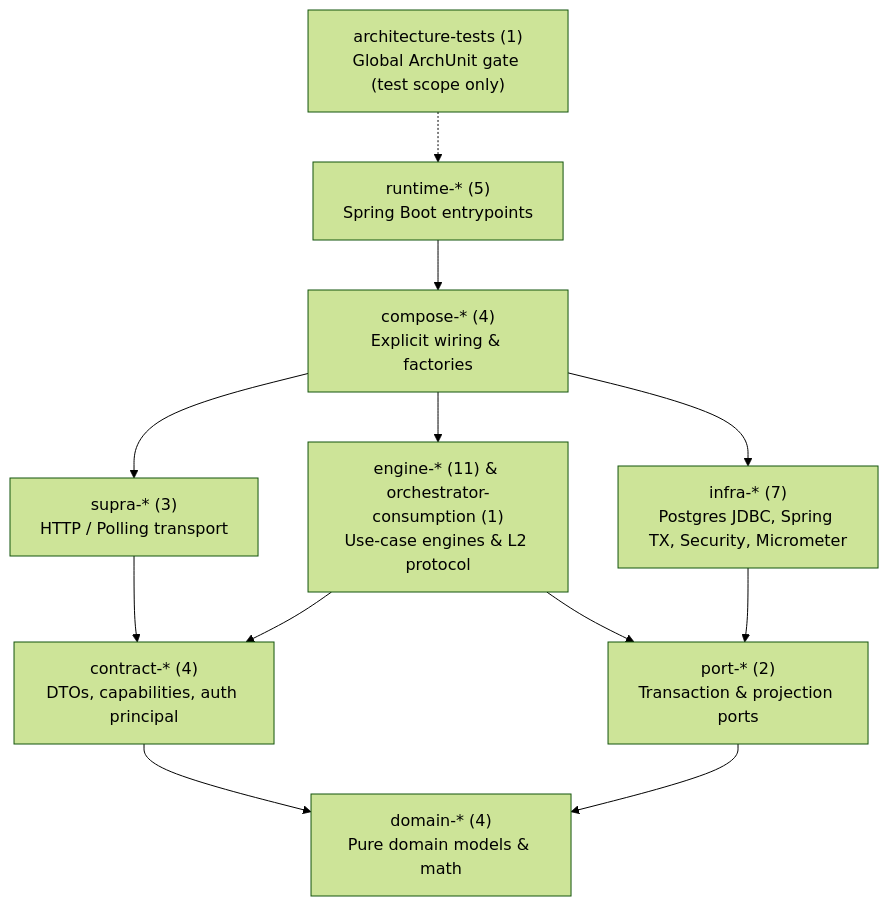
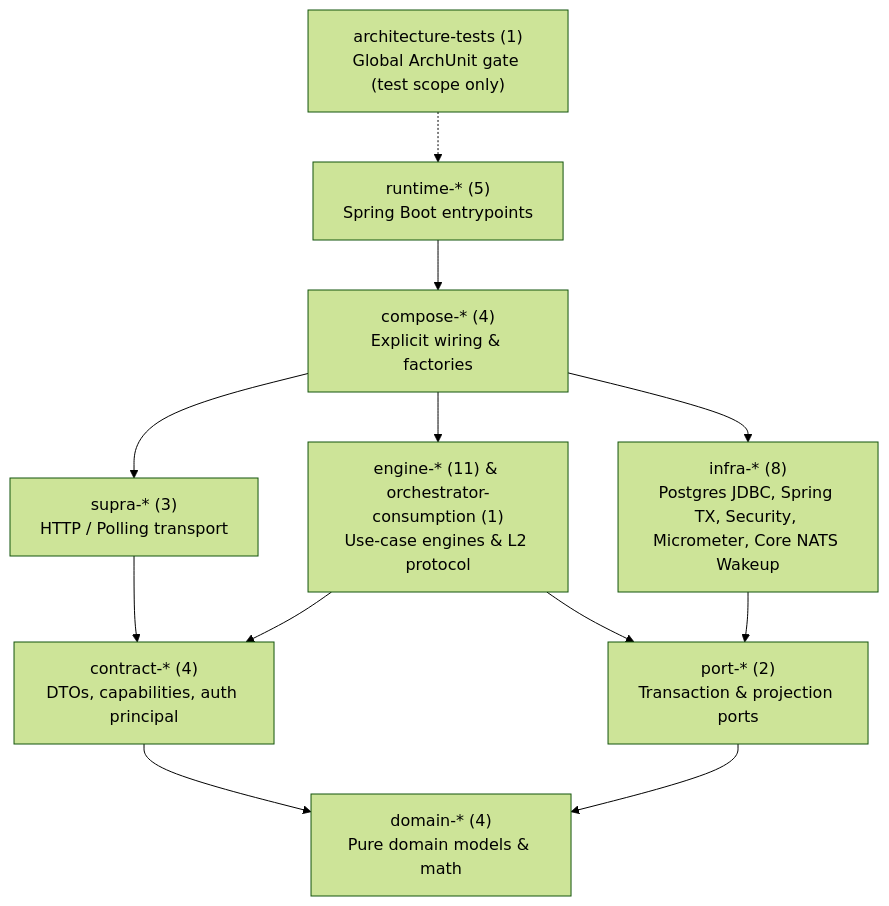
The diagram in docs/architecture/modules.md (kartaguez/pocoma), drawn with Mermaid (forest theme) before and after one commit. The commit also changed other lines of this file and 21 other files, not shown here.

Commit message:
qualif(v3): add T1A + Core NATS differential evidence, canonical docs, and merge arbitration dossier

````diff
--- a/docs/architecture/modules.md
+++ b/docs/architecture/modules.md
@@ -10,14 +10,14 @@
 ```mermaid
 flowchart TD
     R["runtime-* (5)<br/>Spring Boot entrypoints"] --> C["compose-* (4)<br/>Explicit wiring & factories"]
     C --> S["supra-* (3)<br/>HTTP / Polling transport"]
     C --> E["engine-* (11) & orchestrator-consumption (1)<br/>Use-case engines & L2 protocol"]
-    C --> I["infra-* (7)<br/>Postgres JDBC, Spring TX, Security, Micrometer"]
+    C --> I["infra-* (8)<br/>Postgres JDBC, Spring TX, Security, Micrometer, Core NATS Wakeup"]
     S --> CC["contract-* (4)<br/>DTOs, capabilities, auth principal"]
     E --> CC
     E --> P["port-* (2)<br/>Transaction & projection ports"]
     I --> P
     CC --> D["domain-* (4)<br/>Pure domain models & math"]
     P --> D
     AT["architecture-tests (1)<br/>Global ArchUnit gate (test scope only)"] -.-> R
 ```
````
